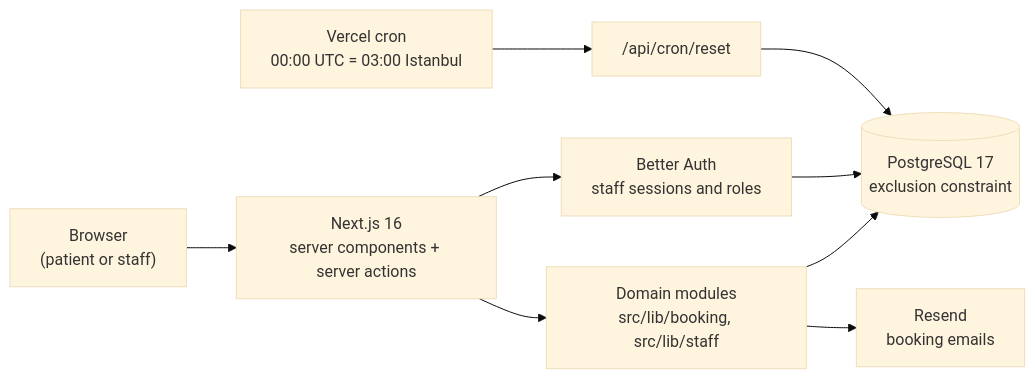
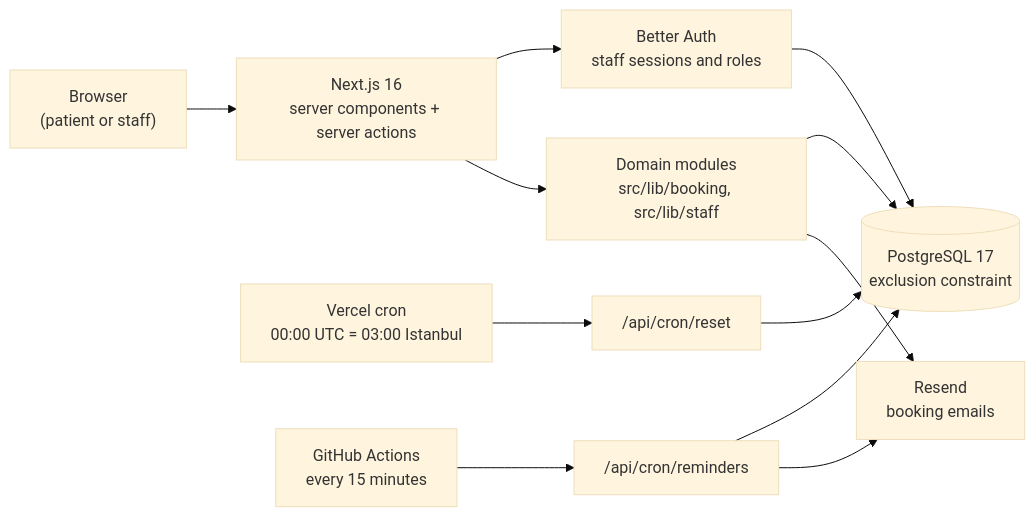
Before and after one commit to cemakcck/clinic-booking: the diagram in README.md, drawn with Mermaid (base theme). The commit also changed other lines of this file and 2 other files, not shown here.

First line of the commit message:
docs: README for reminders and dashboard

````diff
--- a/README.md
+++ b/README.md
@@ -44,11 +49,14 @@
 ```mermaid
 flowchart LR
   B["Browser<br/>(patient or staff)"] --> N["Next.js 16<br/>server components + server actions"]
   N --> A["Better Auth<br/>staff sessions and roles"]
   N --> D["Domain modules<br/>src/lib/booking, src/lib/staff"]
   D --> P[("PostgreSQL 17<br/>exclusion constraint")]
   A --> P
   D --> E["Resend<br/>booking emails"]
   C["Vercel cron<br/>00:00 UTC = 03:00 Istanbul"] --> R["/api/cron/reset"]
   R --> P
+  G["GitHub Actions<br/>every 15 minutes"] --> M["/api/cron/reminders"]
+  M --> P
+  M --> E
 ```
````
